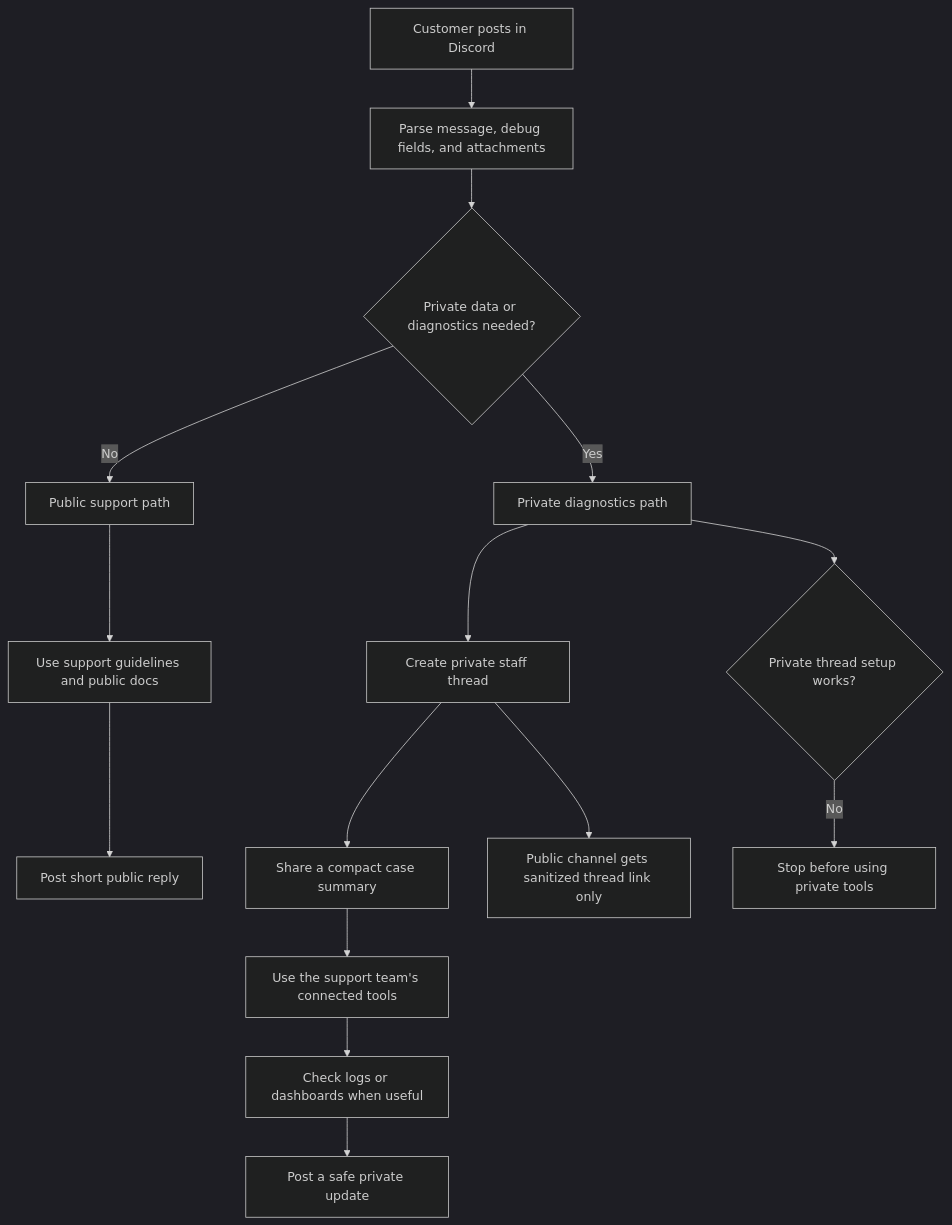
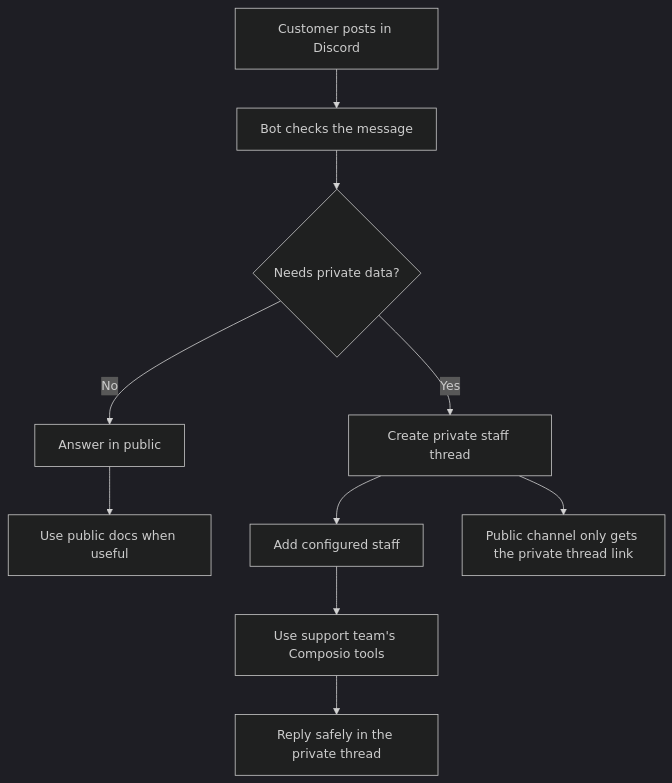
One commit to Malayvasa/composio-discord-support-bot changed the diagram in README.md. Above: the diagram before and after it, drawn with Mermaid (dark theme). The commit also changed other lines of this file, not shown here.

````diff
--- a/README.md
+++ b/README.md
@@ -98,20 +14,15 @@
 ```mermaid
 flowchart TD
-  A["Customer posts in Discord"] --> B["Parse message, debug fields, and attachments"]
-  B --> C{"Private data or diagnostics needed?"}
+  A["Customer posts in Discord"] --> B["Bot checks the message"]
+  B --> C{"Needs private data?"}
 
-  C -->|No| D["Public support path"]
-  D --> E["Use support guidelines and public docs"]
-  E --> F["Post short public reply"]
+  C -->|No| D["Answer in public"]
+  D --> E["Use public docs when useful"]
 
-  C -->|Yes| G["Private diagnostics path"]
-  G --> H["Create private staff thread"]
-  H --> I["Share a compact case summary"]
-  I --> J["Use the support team's connected tools"]
-  J --> K["Check logs or dashboards when useful"]
-  K --> L["Post a safe private update"]
+  C -->|Yes| F["Create private staff thread"]
+  F --> G["Add configured staff"]
+  G --> H["Use support team's Composio tools"]
+  H --> I["Reply safely in the private thread"]
 
-  H --> M["Public channel gets sanitized thread link only"]
-  G --> N{"Private thread setup works?"}
-  N -->|No| O["Stop before using private tools"]
+  F --> J["Public channel only gets the private thread link"]
 ```
````
